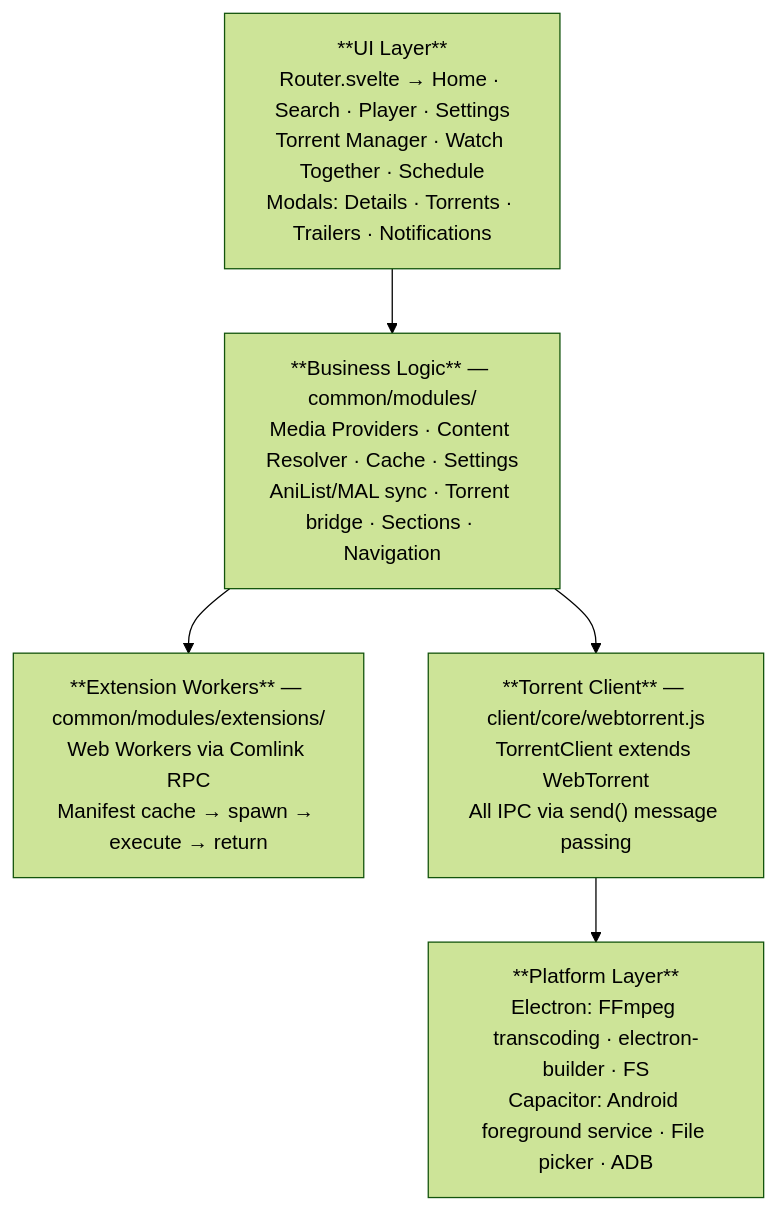
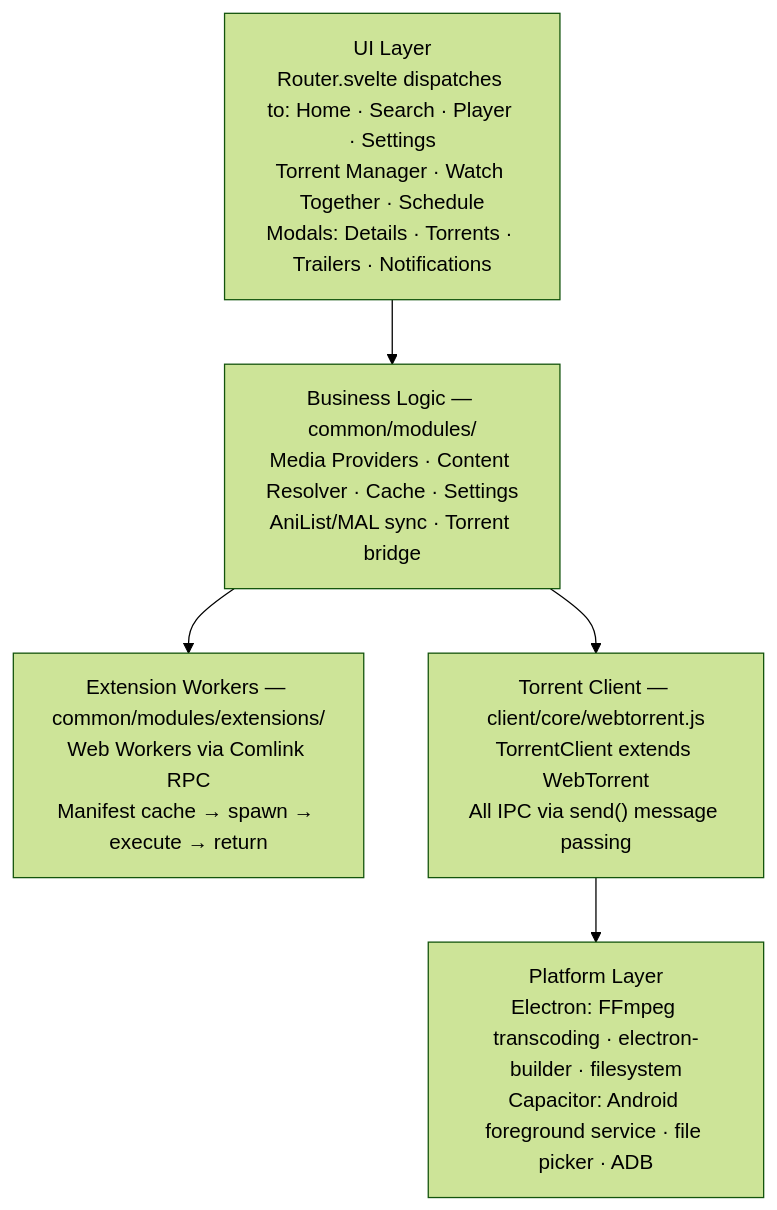
Before and after one commit to Emekalim/FroYoflix_v2: the second of 6 diagrams in README.md, drawn with Mermaid (forest theme). The commit also changed other lines of this file, not shown here.

````diff
--- a/README.md
+++ b/README.md
@@ -204,17 +114,17 @@
 ```mermaid
 flowchart TD
-    UI["**UI Layer**\nRouter.svelte → Home · Search · Player · Settings\nTorrent Manager · Watch Together · Schedule\nModals: Details · Torrents · Trailers · Notifications"]
+    UI["UI Layer\nRouter.svelte dispatches to: Home · Search · Player · Settings\nTorrent Manager · Watch Together · Schedule\nModals: Details · Torrents · Trailers · Notifications"]
 
-    BL["**Business Logic** — common/modules/\nMedia Providers · Content Resolver · Cache · Settings\nAniList/MAL sync · Torrent bridge · Sections · Navigation"]
+    BL["Business Logic — common/modules/\nMedia Providers · Content Resolver · Cache · Settings\nAniList/MAL sync · Torrent bridge"]
 
-    EW["**Extension Workers** — common/modules/extensions/\nWeb Workers via Comlink RPC\nManifest cache → spawn → execute → return"]
+    EW["Extension Workers — common/modules/extensions/\nWeb Workers via Comlink RPC\nManifest cache → spawn → execute → return"]
 
-    TC["**Torrent Client** — client/core/webtorrent.js\nTorrentClient extends WebTorrent\nAll IPC via send() message passing"]
+    TC["Torrent Client — client/core/webtorrent.js\nTorrentClient extends WebTorrent\nAll IPC via send() message passing"]
 
-    PL["**Platform Layer**\nElectron: FFmpeg transcoding · electron-builder · FS\nCapacitor: Android foreground service · File picker · ADB"]
+    PL["Platform Layer\nElectron: FFmpeg transcoding · electron-builder · filesystem\nCapacitor: Android foreground service · file picker · ADB"]
 
     UI --> BL
     BL --> EW
     BL --> TC
     TC --> PL
 ```
````
